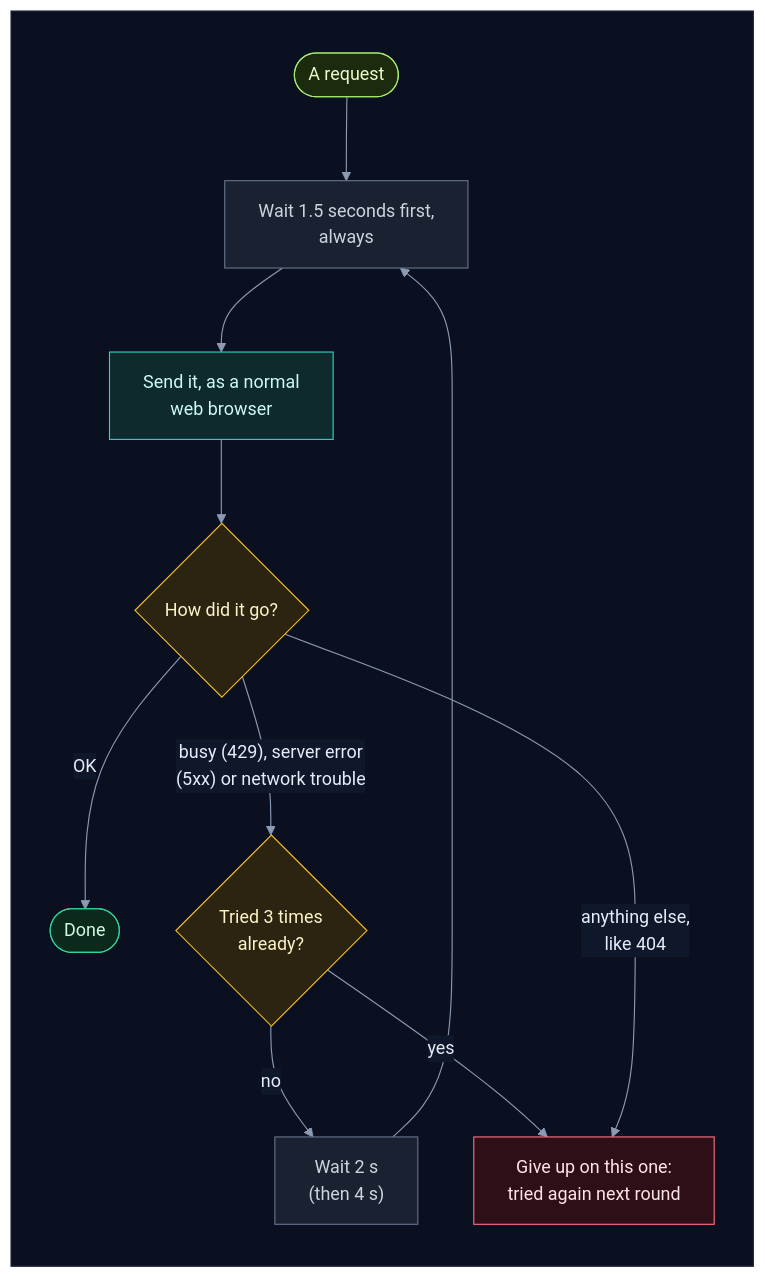
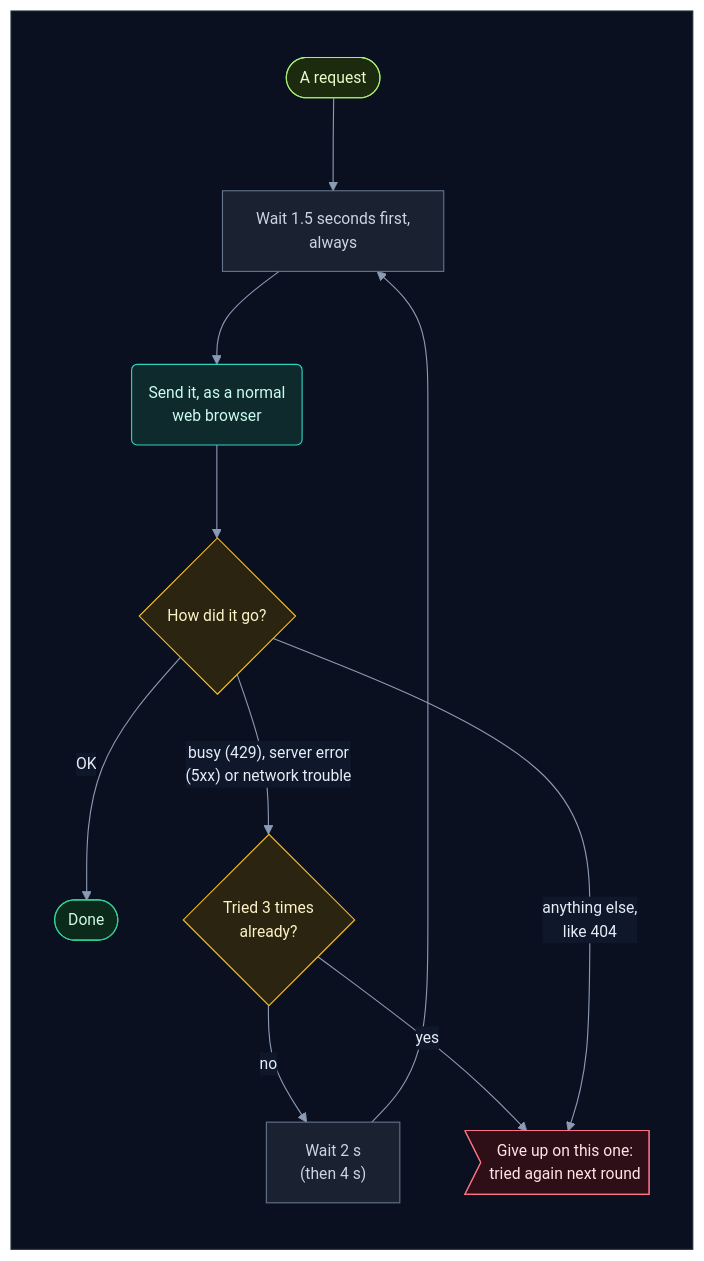
Before and after one commit to selvakumarperumal/Regulatory_Circular_Impact_Agent: diagram 15 of 18 in how_the_watcher_works.md, drawn with Mermaid. The commit also changed other lines of this file and 5 other files, not shown here.

Commit message:
Give the docs' flowcharts a shape per kind of part, more room and slightly smaller text

````diff
--- a/how_the_watcher_works.md
+++ b/how_the_watcher_works.md
@@ -623,33 +623,33 @@
 ```mermaid
-%%{init: {"theme": "base", "flowchart": {"diagramPadding": 0}, "themeVariables": {"darkMode": true, "primaryColor": "#16213a", "primaryTextColor": "#e6edf7", "primaryBorderColor": "#475a7a", "lineColor": "#8b9bb4", "secondaryColor": "#1b2436", "tertiaryColor": "#101a2e", "edgeLabelBackground": "#0f172a", "textColor": "#e2e8f0", "clusterBkg": "#0f1728", "clusterBorder": "#2b3a55", "titleColor": "#c4b5fd", "nodeTextColor": "#e6edf7"}}}%%
+%%{init: {"theme": "base", "flowchart": {"diagramPadding": 0, "nodeSpacing": 58, "rankSpacing": 58, "curve": "basis"}, "themeVariables": {"fontSize": "14px", "darkMode": true, "primaryColor": "#16213a", "primaryTextColor": "#e6edf7", "primaryBorderColor": "#475a7a", "lineColor": "#8b9bb4", "secondaryColor": "#1b2436", "tertiaryColor": "#101a2e", "edgeLabelBackground": "#0f172a", "textColor": "#e2e8f0", "clusterBkg": "#0f1728", "clusterBorder": "#2b3a55", "titleColor": "#c4b5fd", "nodeTextColor": "#e6edf7"}}}%%
 flowchart TD
     subgraph canvas[" "]
         direction TB
         a(["A request"]) --> b["Wait 1.5 seconds first,<br/>always"]
-        b --> c["Send it, as a normal<br/>web browser"]
+        b --> c("Send it, as a normal<br/>web browser")
         c --> d{"How did it go?"}
         d -->|"OK"| e(["Done"])
         d -->|"busy (429), server error<br/>(5xx) or network trouble"| t{"Tried 3 times<br/>already?"}
         t -->|"no"| g["Wait 2 s<br/>(then 4 s)"]
         g --> b
-        t -->|"yes"| f["Give up on this one:<br/>tried again next round"]
+        t -->|"yes"| f>"Give up on this one:<br/>tried again next round"]
         d -->|"anything else,<br/>like 404"| f
     end
     classDef svc fill:#0e2a2c,stroke:#2dd4bf,color:#ccfbf1
     classDef data fill:#1c1a47,stroke:#818cf8,color:#e0e7ff
     classDef ext fill:#2a1640,stroke:#c084fc,color:#f3e8ff
     classDef gpu fill:#2d1b0c,stroke:#fb923c,color:#ffedd5
     classDef ask fill:#2a2410,stroke:#fbbf24,color:#fef3c7
     classDef ok fill:#0b2a1c,stroke:#34d399,color:#d1fae5
     classDef bad fill:#2e0f17,stroke:#fb7185,color:#ffe4e6
     classDef start fill:#1c2a0e,stroke:#a7ef6f,color:#ecfccb
     classDef muted fill:#1a2130,stroke:#64748b,color:#cbd5e1
     classDef queue fill:#0c2231,stroke:#38bdf8,color:#e0f2fe
     class a start
     class b,g muted
     class c svc
     class d,t ask
     class e ok
     class f bad
     style canvas fill:#0b1020,stroke:#1e293b,color:#0b1020
 ```
````
